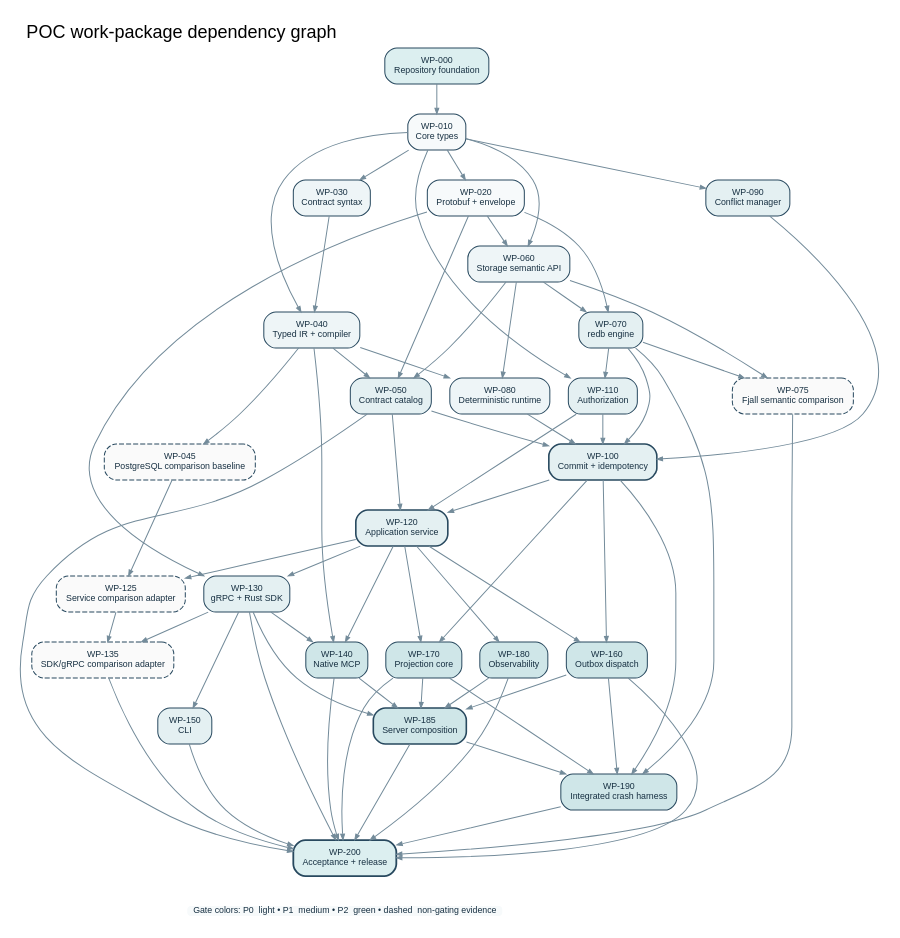
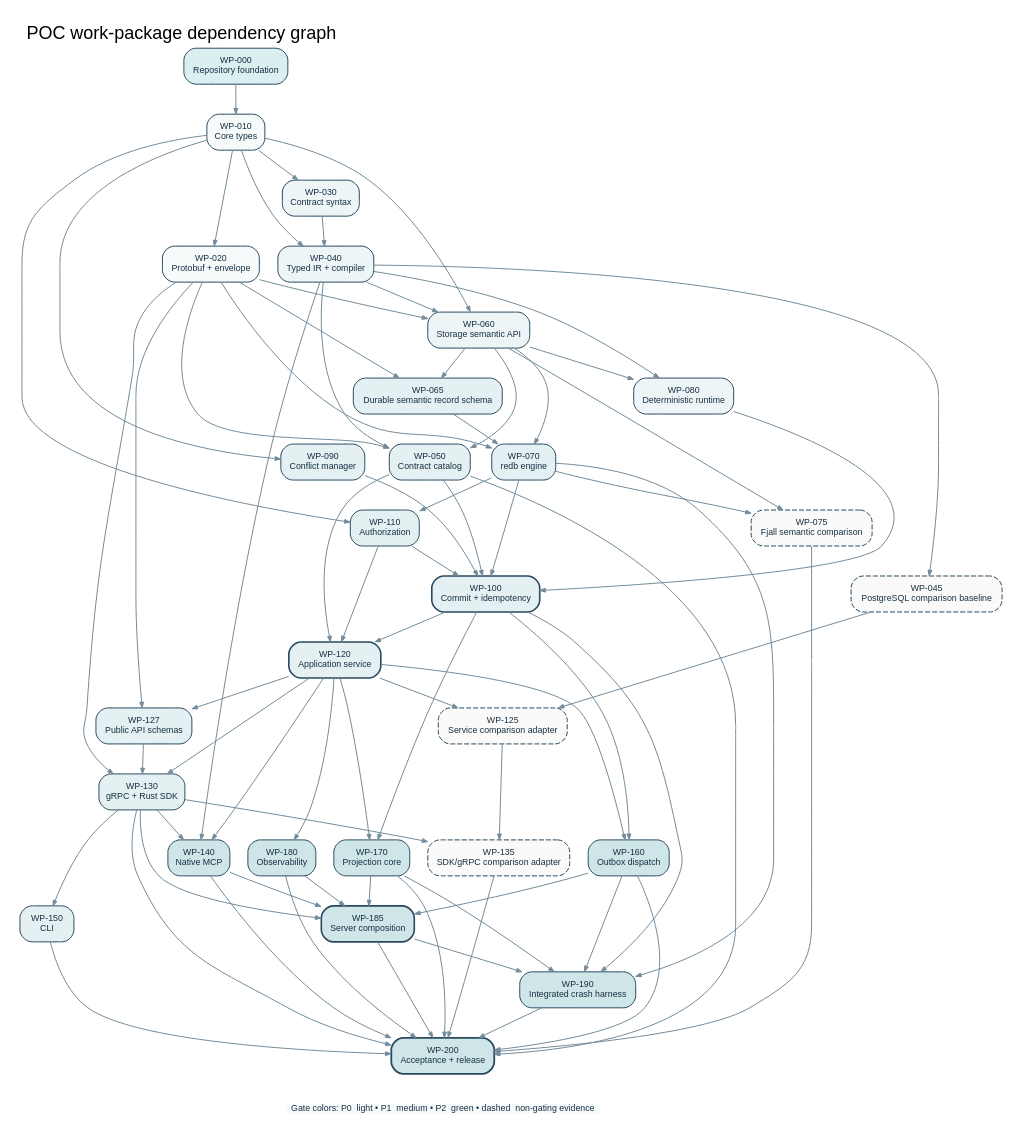
One commit to riffdb/riffdb changed the diagram in diagrams/work_package_dag.dot. Above: the diagram before and after it, drawn with Graphviz. The commit also changed 27 other files, not shown here.

```diff
--- a/diagrams/work_package_dag.dot
+++ b/diagrams/work_package_dag.dot
@@ -1,58 +1,63 @@
 digraph G {
   graph [rankdir=TB, bgcolor="white", pad="0.18", nodesep="0.25", ranksep="0.42", fontname="Liberation Sans", fontsize=18, label="POC work-package dependency graph", labelloc="t", labeljust="l"];
   node [shape=box, style="rounded,filled", fontname="Liberation Sans", fontsize=8.8, margin="0.10,0.06", color="#28495F", fillcolor="#F7FAFB", fontcolor="#173042"];
   edge [color="#738B9A", penwidth=1.0, arrowsize=0.55];
 
   wp000 [label="WP-000\nRepository foundation", fillcolor="#DCEFF0"];
   wp010 [label="WP-010\nCore types"];
   wp020 [label="WP-020\nProtobuf + envelope"];
   wp030 [label="WP-030\nContract syntax", fillcolor="#EEF5F7"];
   wp040 [label="WP-040\nTyped IR + compiler", fillcolor="#EEF5F7"];
   wp045 [label="WP-045\nPostgreSQL comparison baseline", style="rounded,filled,dashed", fillcolor="#FAFAFA"];
   wp050 [label="WP-050\nContract catalog", fillcolor="#E4F0F2"];
   wp060 [label="WP-060\nStorage semantic API", fillcolor="#EEF5F7"];
+  wp065 [label="WP-065\nDurable semantic record schema", fillcolor="#E4F0F2"];
   wp070 [label="WP-070\nredb engine", fillcolor="#E4F0F2"];
   wp075 [label="WP-075\nFjall semantic comparison", style="rounded,filled,dashed", fillcolor="#FAFAFA"];
   wp080 [label="WP-080\nDeterministic runtime", fillcolor="#EEF5F7"];
   wp090 [label="WP-090\nConflict manager", fillcolor="#E4F0F2"];
   wp100 [label="WP-100\nCommit + idempotency", fillcolor="#E4F0F2", penwidth=1.6];
   wp110 [label="WP-110\nAuthorization", fillcolor="#E4F0F2"];
   wp120 [label="WP-120\nApplication service", fillcolor="#E4F0F2", penwidth=1.6];
   wp125 [label="WP-125\nService comparison adapter", style="rounded,filled,dashed", fillcolor="#FAFAFA"];
+  wp127 [label="WP-127\nPublic API schemas", fillcolor="#E4F0F2"];
   wp130 [label="WP-130\ngRPC + Rust SDK", fillcolor="#E4F0F2"];
   wp135 [label="WP-135\nSDK/gRPC comparison adapter", style="rounded,filled,dashed", fillcolor="#FAFAFA"];
   wp140 [label="WP-140\nNative MCP", fillcolor="#CFE6E8"];
   wp150 [label="WP-150\nCLI", fillcolor="#E4F0F2"];
   wp160 [label="WP-160\nOutbox dispatch", fillcolor="#CFE6E8"];
   wp170 [label="WP-170\nProjection core", fillcolor="#CFE6E8"];
   wp180 [label="WP-180\nObservability", fillcolor="#CFE6E8"];
   wp185 [label="WP-185\nServer composition", fillcolor="#CFE6E8", penwidth=1.6];
   wp190 [label="WP-190\nIntegrated crash harness", fillcolor="#CFE6E8"];
-  wp200 [label="WP-200\nAcceptance + release", fillcolor="#DCEFF0", penwidth=1.8];
+  wp200 [label="WP-200\nAcceptance + release", fillcolor="#CFE6E8", penwidth=1.8];
 
   key [shape=plain, label="Gate colors: P0  light • P1  medium • P2  green • dashed  non-gating evidence"];
 
   wp000 -> wp010;
   wp010 -> {wp020 wp030 wp090};
   wp030 -> wp040;
   wp010 -> {wp040 wp060};
   wp020 -> {wp050 wp060 wp070};
-  wp040 -> {wp045 wp050 wp080};
-  wp060 -> {wp050 wp070 wp075 wp080};
+  wp040 -> {wp045 wp050 wp060 wp080};
+  wp020 -> wp065;
+  wp060 -> {wp050 wp065 wp070 wp075 wp080};
+  wp065 -> wp070;
   wp070 -> wp075;
   wp010 -> wp110;
   wp070 -> wp110;
   {wp050 wp070 wp080 wp090 wp110} -> wp100;
   {wp050 wp100 wp110} -> wp120;
-  {wp020 wp120} -> wp130;
+  {wp020 wp120} -> wp127;
+  {wp020 wp120 wp127} -> wp130;
   {wp045 wp120} -> wp125;
   {wp125 wp130} -> wp135;
   {wp040 wp120 wp130} -> wp140;
   wp130 -> wp150;
   {wp100 wp120} -> {wp160 wp170};
   wp120 -> wp180;
   {wp130 wp140 wp160 wp170 wp180} -> wp185;
   {wp070 wp100 wp160 wp170 wp185} -> wp190;
   {wp050 wp075 wp130 wp135 wp140 wp150 wp160 wp170 wp180 wp185 wp190} -> wp200;
   wp200 -> key [style=invis];
 }
```
